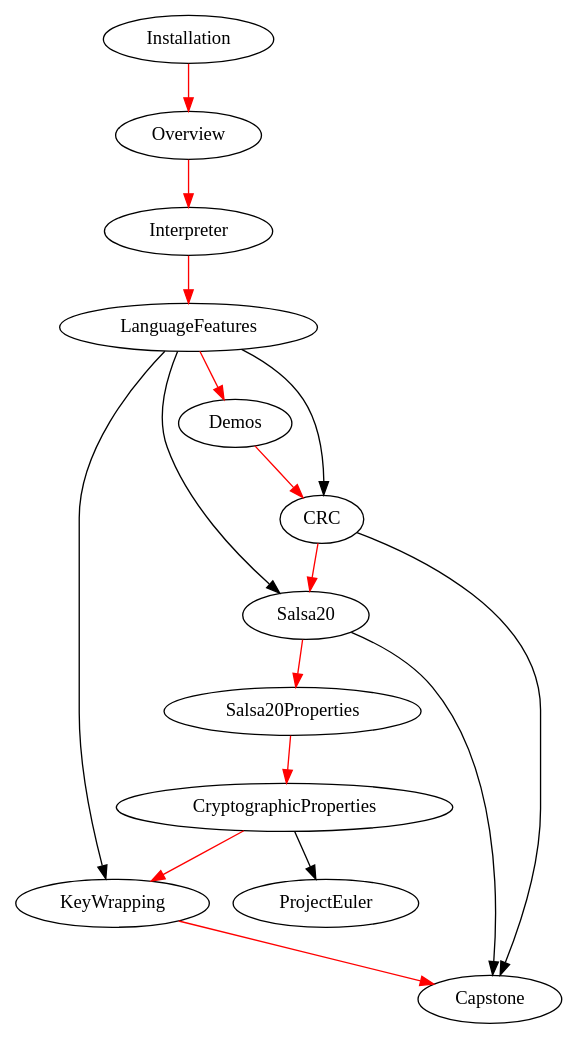
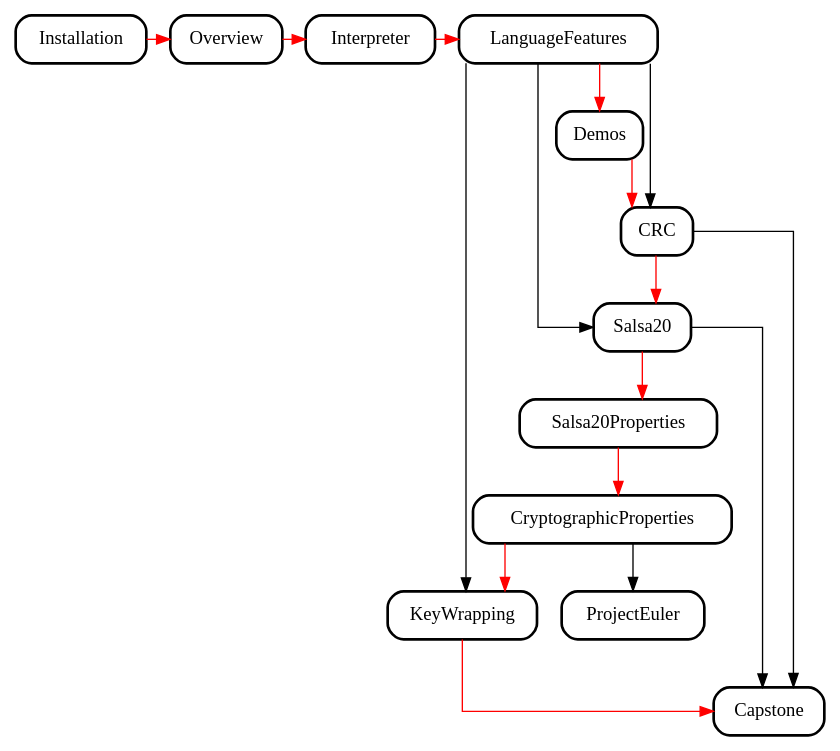
Before and after one commit to weaversa/cryptol-course: the diagram in misc/deps.gv, drawn with Graphviz. The commit also changed 2 other files, not shown here.

```diff
--- a/misc/deps.gv
+++ b/misc/deps.gv
@@ -1,24 +1,50 @@
 digraph G {
+  splines = ortho;
+  //concentrate = true;
+
+  node [shape="box", style="rounded", penwidth = 2];
+  edge [penwidth = 1];
+
+  {
+    rank = same;
+    Installation;
+    Overview;
+    Interpreter;
+    LanguageFeatures;
+  }
+
+  Installation [URL="https://github.com/weaversa/cryptol-course/blob/master/INSTALL.md"]
+  Overview [URL="https://github.com/weaversa/cryptol-course/blob/master/labs/Overview/Overview.md"]
+  Interpreter [URL="https://github.com/weaversa/cryptol-course/blob/master/labs/Interpreter/Interpreter.md"]
+  LanguageFeatures [URL="https://github.com/weaversa/cryptol-course/blob/master/labs/LanguageFeatures/LanguageFeatures.md"]
+  Demos [URL="https://github.com/weaversa/cryptol-course/blob/master/labs/Demos/Demos.md"]
+  CRC [URL="https://github.com/weaversa/cryptol-course/blob/master/labs/CRC/CRC.md"]
+  Salsa20 [URL="https://github.com/weaversa/cryptol-course/blob/master/labs/Salsa20/Salsa20.md"]
+  Salsa20Properties [URL="https://github.com/weaversa/cryptol-course/blob/master/labs/Salsa20/Salsa20Properties.md"]
+  CryptographicProperties [URL="https://github.com/weaversa/cryptol-course/blob/master/labs/CryptographicProperties/CryptographicProperties.md"]
+  KeyWrapping [URL="https://github.com/weaversa/cryptol-course/blob/master/labs/KeyWrapping/KeyWrapping.md"]
+  Capstone [URL="https://github.com/weaversa/cryptol-course/blob/master/labs/Capstone/Capstone.md"]
+  ProjectEuler [URL="https://github.com/weaversa/cryptol-course/blob/master/labs/ProjectEuler/ProjectEuler.md"]
 
   // The Suggested Flow with Red Arrows
   edge [color=red];
   Installation -> Overview;
   Overview -> Interpreter;
   Interpreter -> LanguageFeatures;  
   LanguageFeatures -> Demos;
   Demos -> CRC; 
   CRC -> Salsa20;
   Salsa20 -> Salsa20Properties;
   Salsa20Properties -> CryptographicProperties; 
   CryptographicProperties -> KeyWrapping; 
   KeyWrapping -> Capstone; 
     
   // Logical Dependencies with Black Arrows
   edge [color=black];
   CryptographicProperties -> ProjectEuler;
   CRC -> Capstone;
   LanguageFeatures -> CRC;
   LanguageFeatures -> Salsa20;
   LanguageFeatures -> KeyWrapping;
   Salsa20 -> Capstone; 
 }
```
